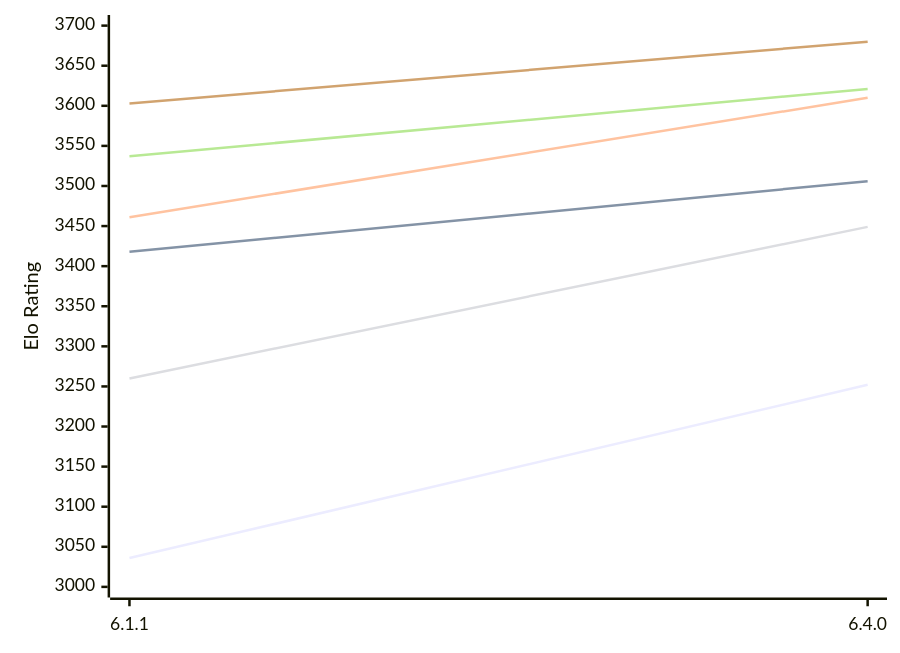
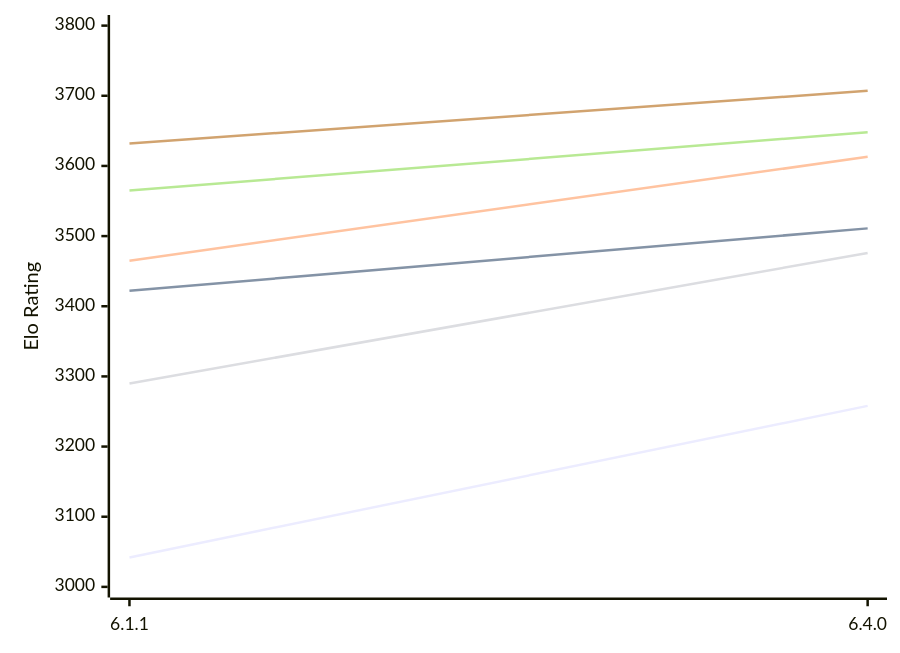
Before and after one commit to computer-chess-index/cci: the first of 2 diagrams in engines/Zigqueen.md, drawn with Mermaid. The commit also changed other lines of this file, not shown here.

Commit message:
Update CCI Ratings (ELO VLTC) - 2026-10-21

````diff
--- a/engines/Zigqueen.md
+++ b/engines/Zigqueen.md
@@ -53,12 +53,12 @@
 ```mermaid
 %%{init: {"theme":"base","themeVariables":{"seriesColors:['#a3a3a3','#222221','#faa371']}}}%%
 xychart-beta
   x-axis ["6.1.1", "6.4.0"]
-  y-axis "Elo Rating" 3000 --> 3700
-  line "E1: STC (8.0+0.08s)" [3036, 3252]
-  line "E1: LTC (60.0+0.60s)" [3418, 3506]
-  line "E1: VLTC (2m24s+1.12s)" [3461, 3610]
-  line "P1: STC (8.0+0.08s)" [3260, 3449]
-  line "P1: LTC (60.0+0.60s)" [3537, 3621]
-  line "P1: VLTC (2m24s+1.12s)" [3603, 3680]
+  y-axis "Elo Rating" 3000 --> 3800
+  line "E1: STC (8.0+0.08s)" [3042, 3258]
+  line "E1: LTC (60.0+0.60s)" [3422, 3511]
+  line "E1: VLTC (2m24s+1.12s)" [3465, 3613]
+  line "P1: STC (8.0+0.08s)" [3290, 3476]
+  line "P1: LTC (60.0+0.60s)" [3565, 3648]
+  line "P1: VLTC (2m24s+1.12s)" [3632, 3707]
 ```
````
